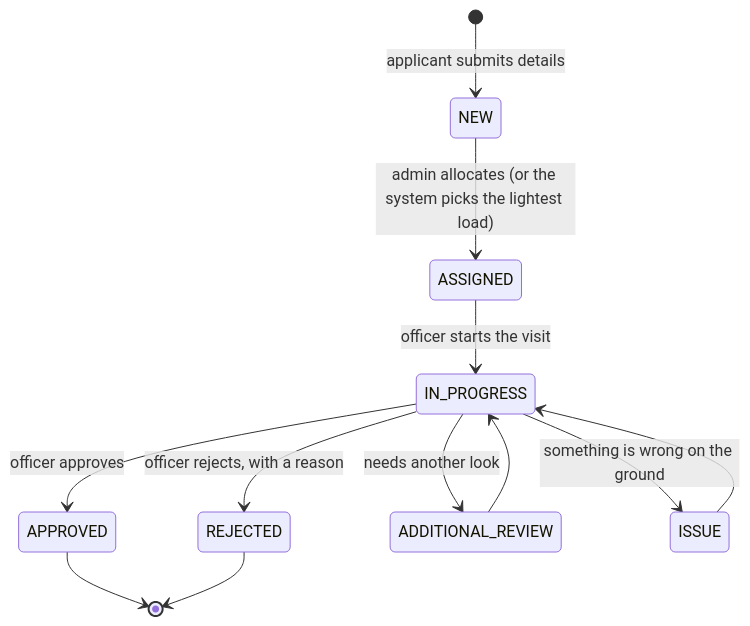
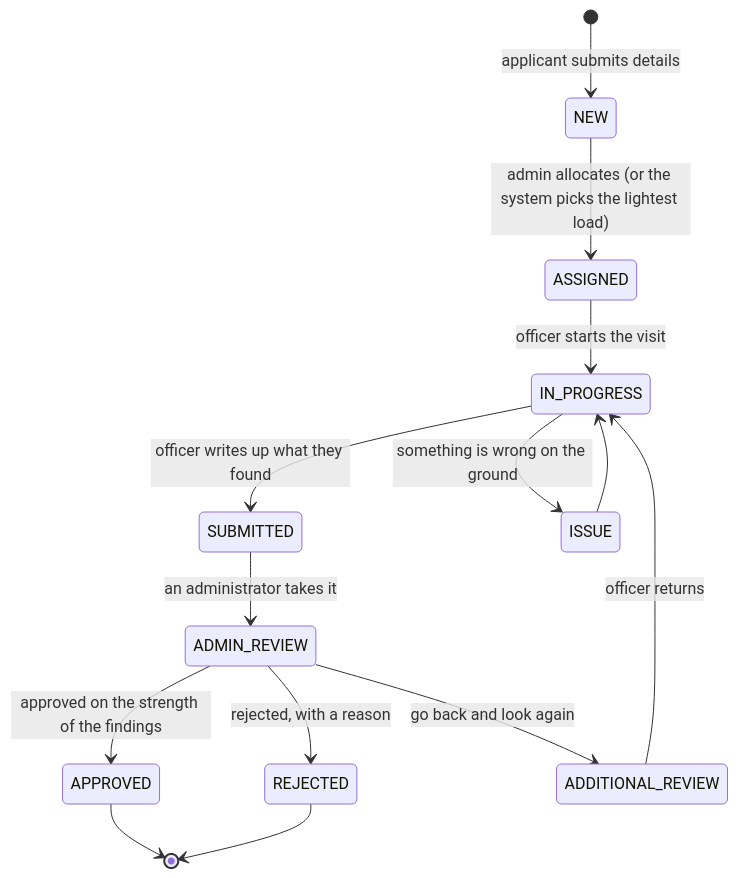
One commit to Tadipartirohith/WOW-MD changed the second of 7 diagrams in docs/SLD.md. Above: the diagram before and after it, drawn with Mermaid. The commit also changed other lines of this file and 6 other files, not shown here.

````diff
--- a/docs/SLD.md
+++ b/docs/SLD.md
@@ -245,14 +259,16 @@
 ```mermaid
 stateDiagram-v2
   [*] --> NEW: applicant submits details
   NEW --> ASSIGNED: admin allocates (or the system picks the lightest load)
   ASSIGNED --> IN_PROGRESS: officer starts the visit
-  IN_PROGRESS --> APPROVED: officer approves
-  IN_PROGRESS --> REJECTED: officer rejects, with a reason
-  IN_PROGRESS --> ADDITIONAL_REVIEW: needs another look
+  IN_PROGRESS --> SUBMITTED: officer writes up what they found
+  SUBMITTED --> ADMIN_REVIEW: an administrator takes it
+  ADMIN_REVIEW --> APPROVED: approved on the strength of the findings
+  ADMIN_REVIEW --> REJECTED: rejected, with a reason
+  ADMIN_REVIEW --> ADDITIONAL_REVIEW: go back and look again
+  ADDITIONAL_REVIEW --> IN_PROGRESS: officer returns
   IN_PROGRESS --> ISSUE: something is wrong on the ground
-  ADDITIONAL_REVIEW --> IN_PROGRESS
   ISSUE --> IN_PROGRESS
   APPROVED --> [*]
   REJECTED --> [*]
 ```
````
